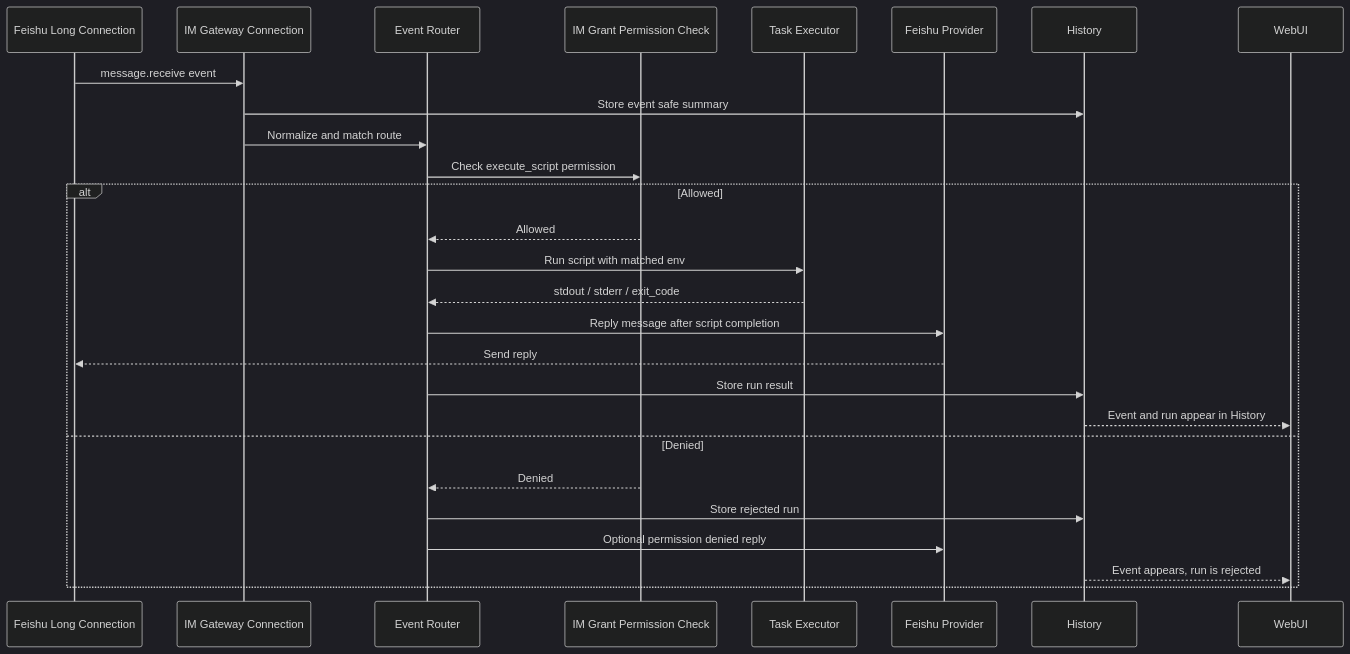
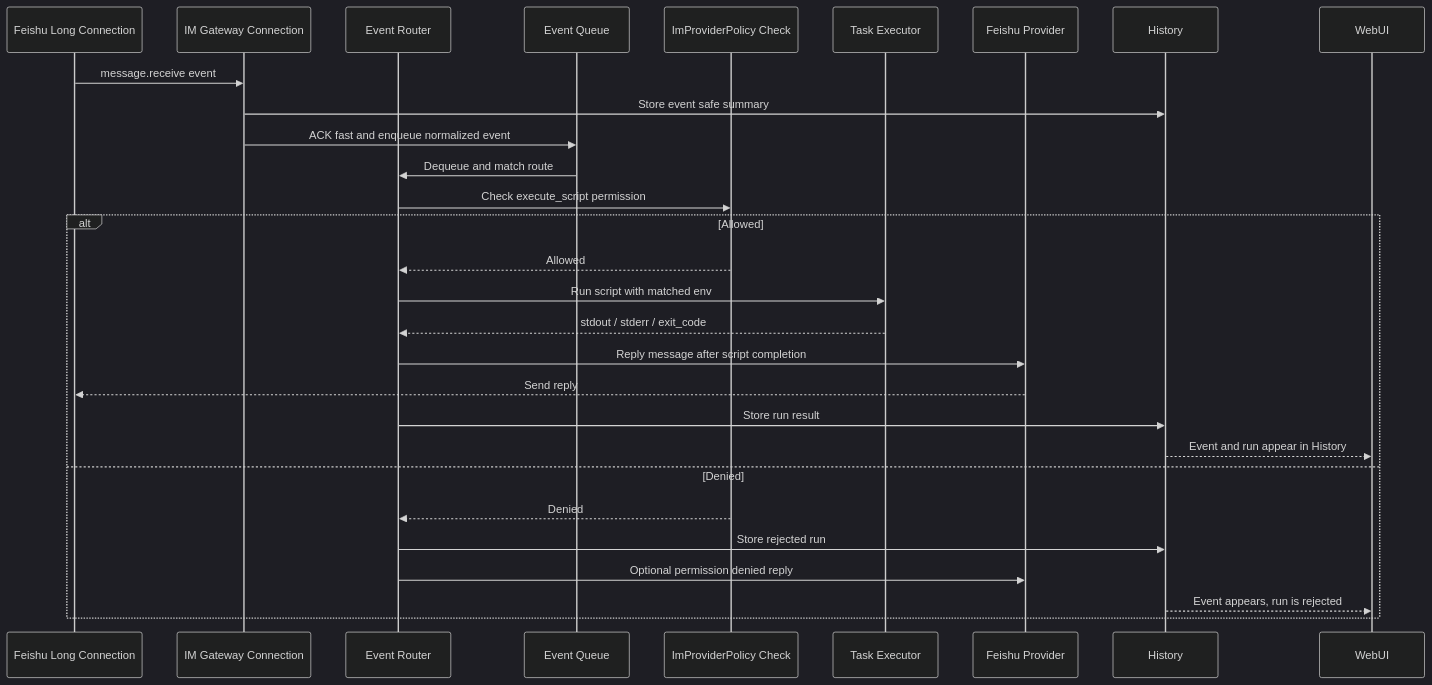
The fourth of 6 diagrams in design/im-gateway.md (bifrost-proxy/bifrost), drawn with Mermaid (dark theme) before and after one commit. The commit also changed other lines of this file and 320 other files, not shown here.

````diff
--- a/design/im-gateway.md
+++ b/design/im-gateway.md
@@ -320,30 +326,32 @@
 ```mermaid
 sequenceDiagram
     participant Feishu as Feishu Long Connection
     participant Conn as IM Gateway Connection
     participant Router as Event Router
-    participant Grant as IM Grant Permission Check
+    participant Queue as Event Queue
+    participant Policy as ImProviderPolicy Check
     participant Exec as Task Executor
     participant Provider as Feishu Provider
     participant History as History
     participant UI as WebUI
 
     Feishu->>Conn: message.receive event
     Conn->>History: Store event safe summary
-    Conn->>Router: Normalize and match route
-    Router->>Grant: Check execute_script permission
+    Conn->>Queue: ACK fast and enqueue normalized event
+    Queue->>Router: Dequeue and match route
+    Router->>Policy: Check execute_script permission
     alt Allowed
-        Grant-->>Router: Allowed
+        Policy-->>Router: Allowed
         Router->>Exec: Run script with matched env
         Exec-->>Router: stdout / stderr / exit_code
         Router->>Provider: Reply message after script completion
         Provider-->>Feishu: Send reply
         Router->>History: Store run result
         History-->>UI: Event and run appear in History
     else Denied
-        Grant-->>Router: Denied
+        Policy-->>Router: Denied
         Router->>History: Store rejected run
         Router->>Provider: Optional permission denied reply
         History-->>UI: Event appears, run is rejected
     end
 ```
````
